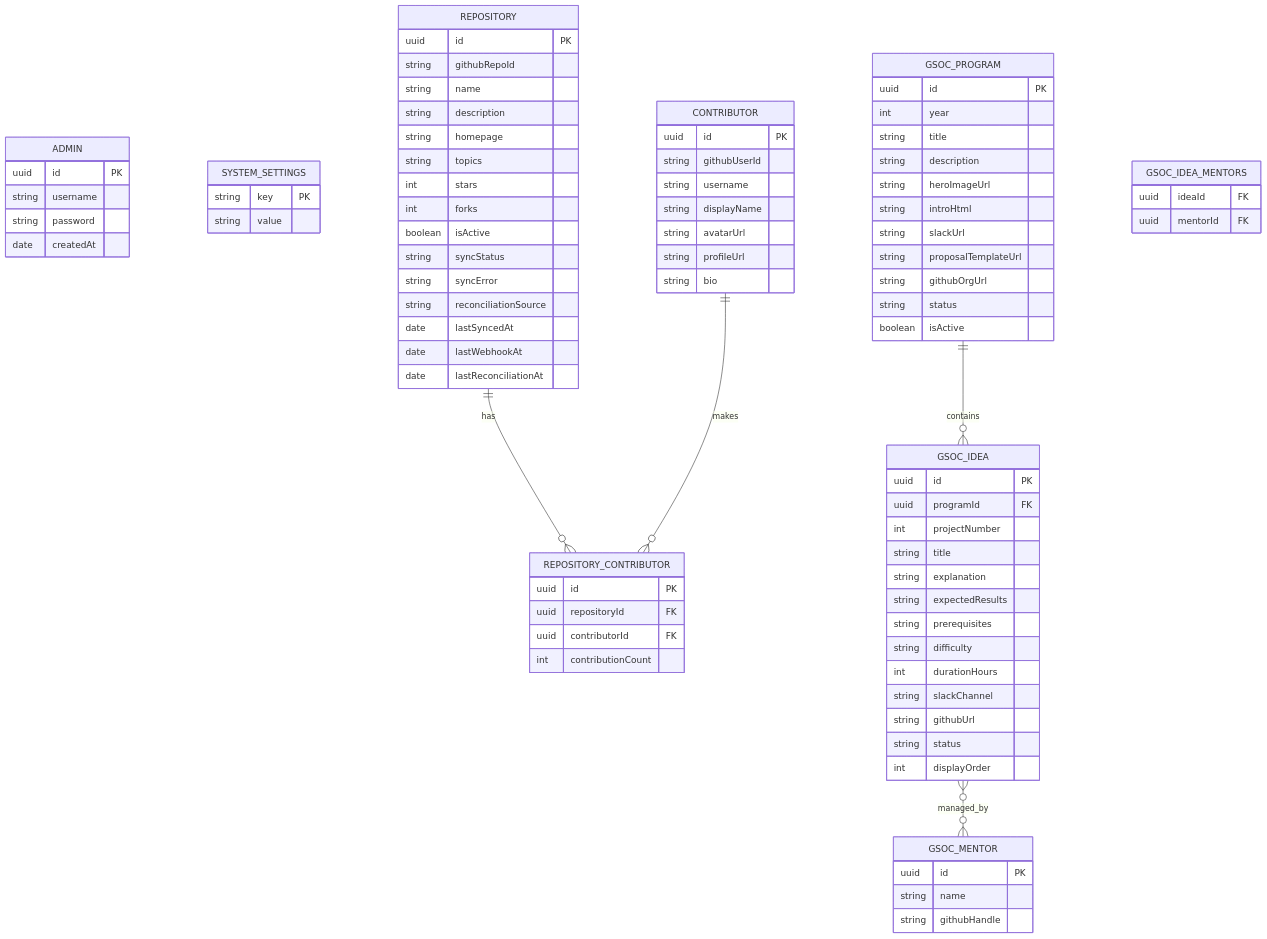
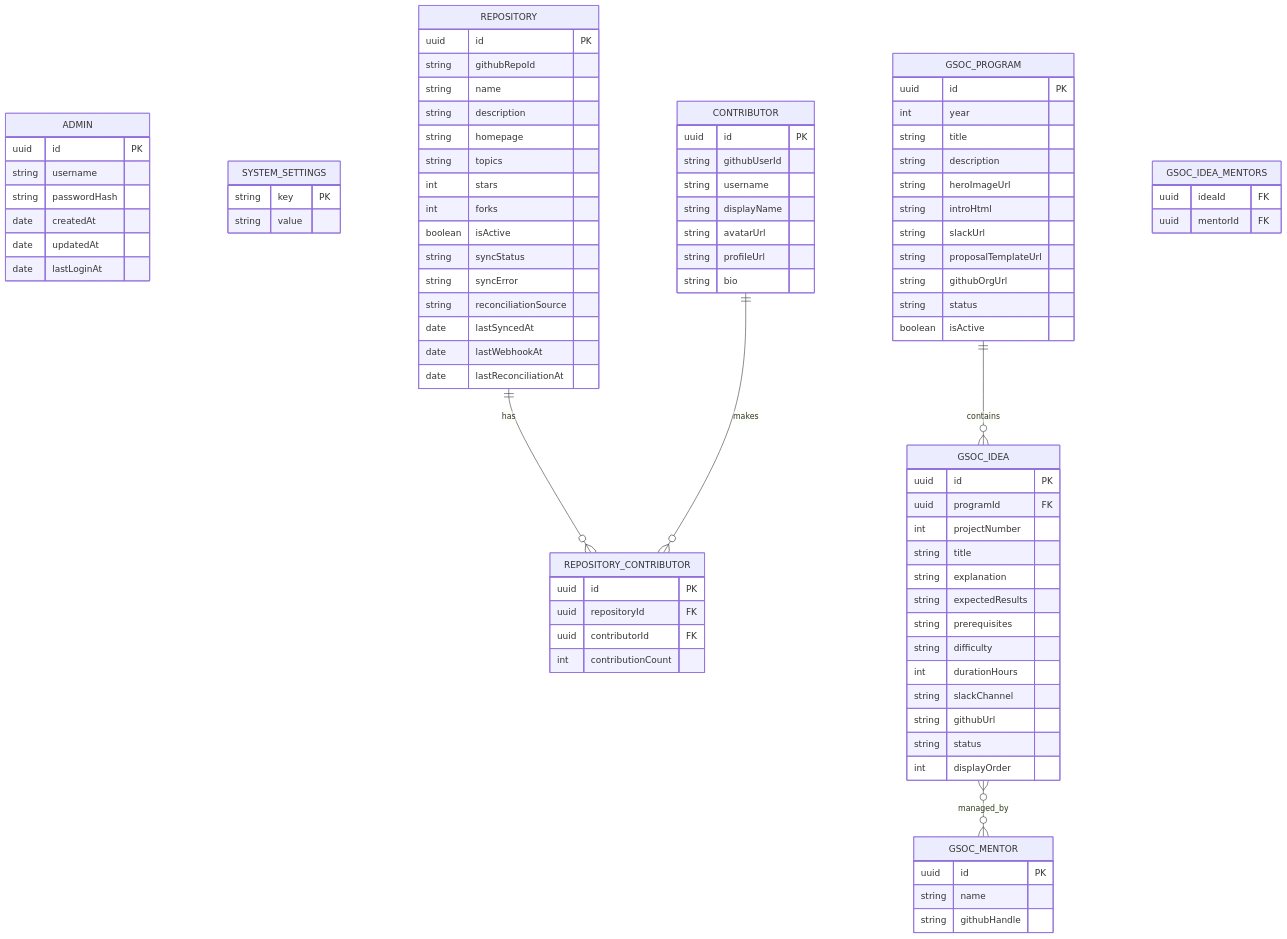
The first of 4 diagrams in docs/ARCHITECTURE.md (c2siorg/Webiu), drawn with Mermaid before and after one commit. The commit also changed other lines of this file and 19 other files, not shown here.

```diff
--- a/docs/ARCHITECTURE.md
+++ b/docs/ARCHITECTURE.md
@@ -105,8 +105,10 @@
     ADMIN {
         uuid id PK
         string username
-        string password
+        string passwordHash
         date createdAt
+        date updatedAt
+        date lastLoginAt
     }
     SYSTEM_SETTINGS {
         string key PK
```
